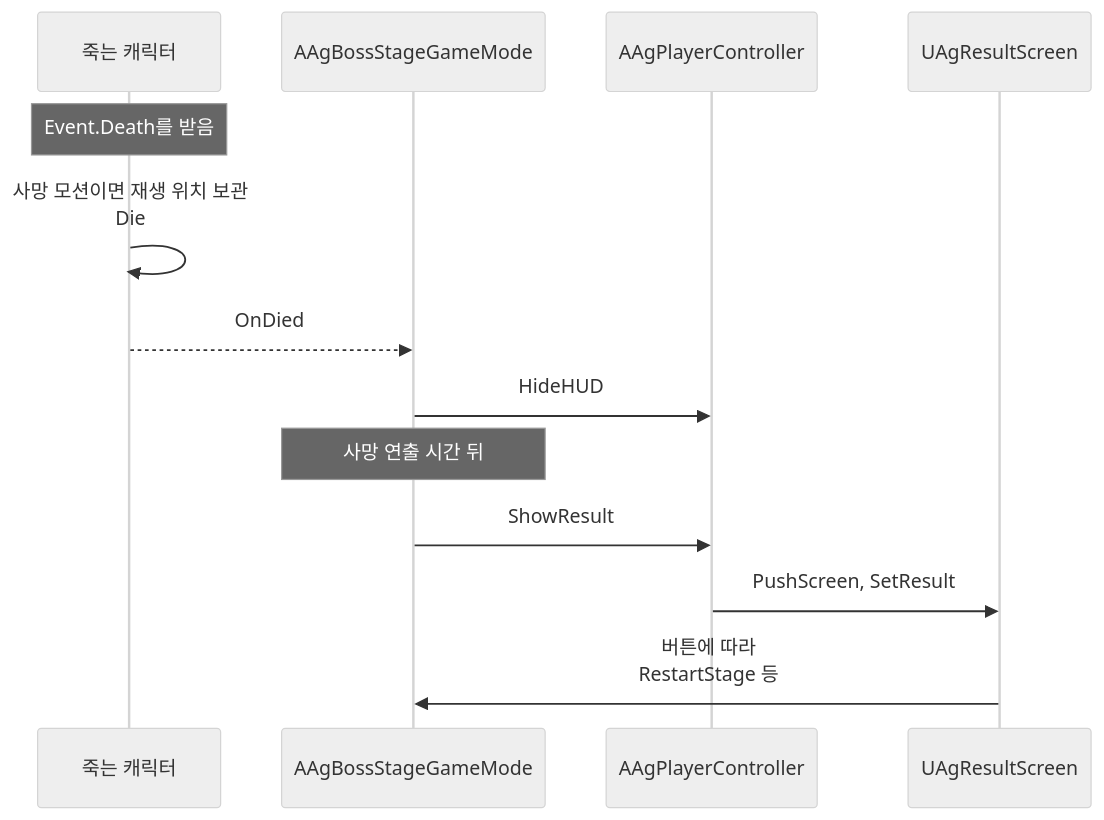
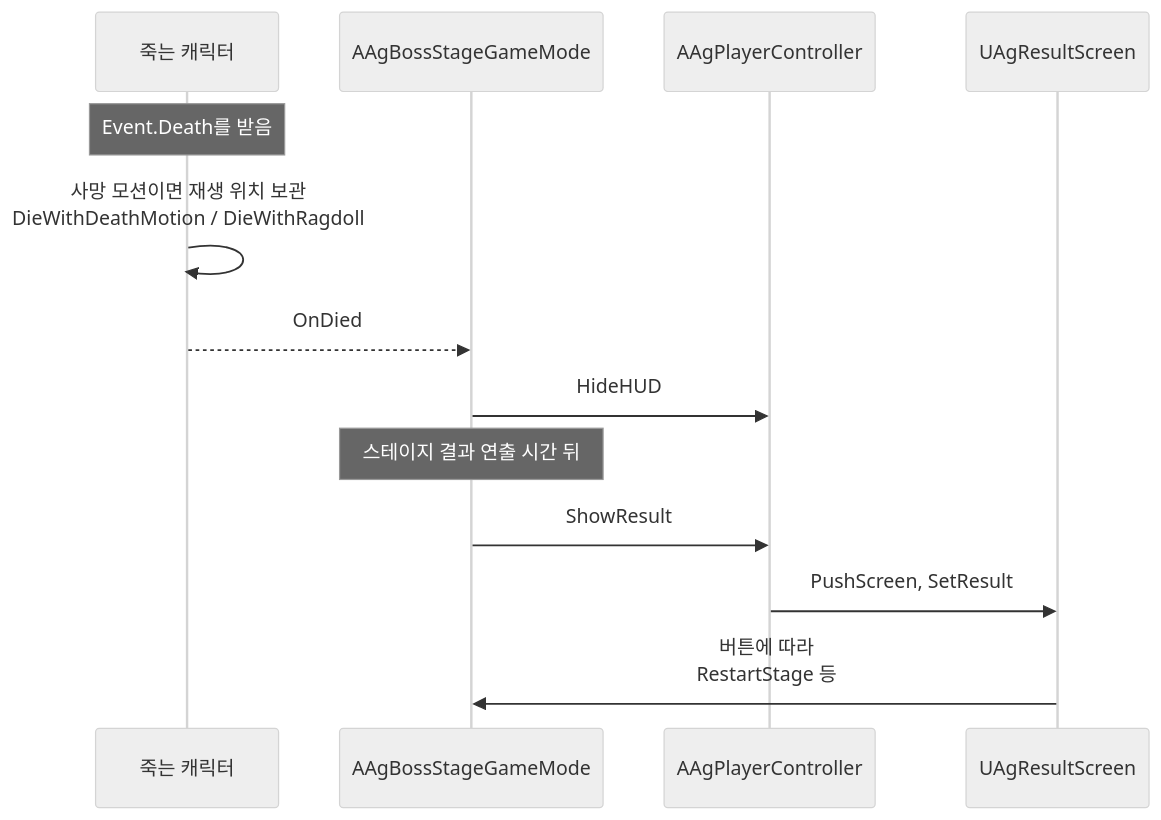
One commit to Woogl/Ag changed the second of 2 diagrams in Docs/Program/사망 처리.md. Above: the diagram before and after it, drawn with Mermaid (neutral theme). The commit also changed other lines of this file and 44 other files, not shown here.

````diff
--- a/Docs/Program/사망 처리.md
+++ b/Docs/Program/사망 처리.md
@@ -37,15 +37,15 @@
 ```mermaid
 sequenceDiagram
     participant C as 죽는 캐릭터
     participant GM as AAgBossStageGameMode
     participant PC as AAgPlayerController
     participant R as UAgResultScreen
     Note over C: Event.Death를 받음
-    C->>C: 사망 모션이면 재생 위치 보관<br>Die
+    C->>C: 사망 모션이면 재생 위치 보관<br>DieWithDeathMotion / DieWithRagdoll
     C-->>GM: OnDied
     GM->>PC: HideHUD
-    Note over GM: 사망 연출 시간 뒤
+    Note over GM: 스테이지 결과 연출 시간 뒤
     GM->>PC: ShowResult
     PC->>R: PushScreen, SetResult
     R->>GM: 버튼에 따라<br>RestartStage 등
 ```
````
